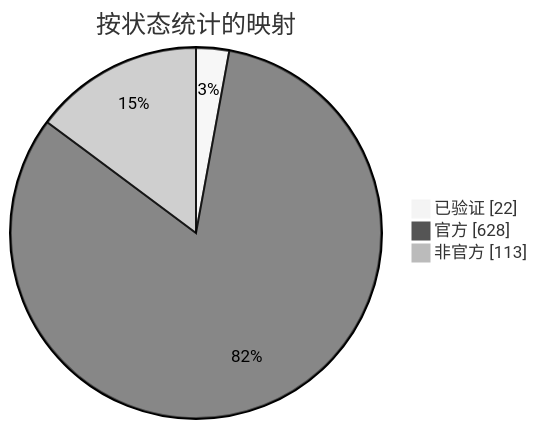
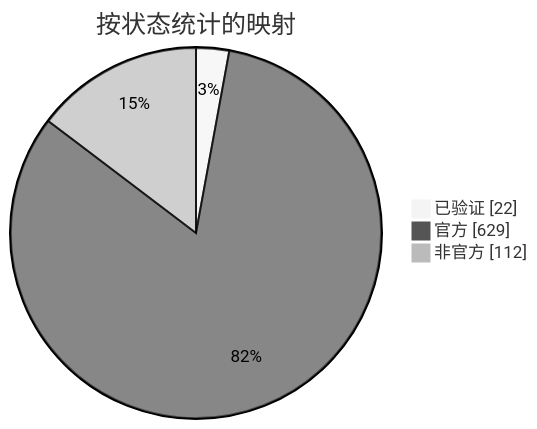
Before and after one commit to nobrega8/mbmap-library: the diagram in docs/readme/README_ZHS.md, drawn with Mermaid (neutral theme). The commit also changed 6 other files, not shown here.

````diff
--- a/docs/readme/README_ZHS.md
+++ b/docs/readme/README_ZHS.md
@@ -54,7 +54,7 @@
 ```mermaid
 pie showData
     title 按状态统计的映射
     "已验证" : 22
-    "官方" : 628
-    "非官方" : 113
+    "官方" : 629
+    "非官方" : 112
 ```
````
